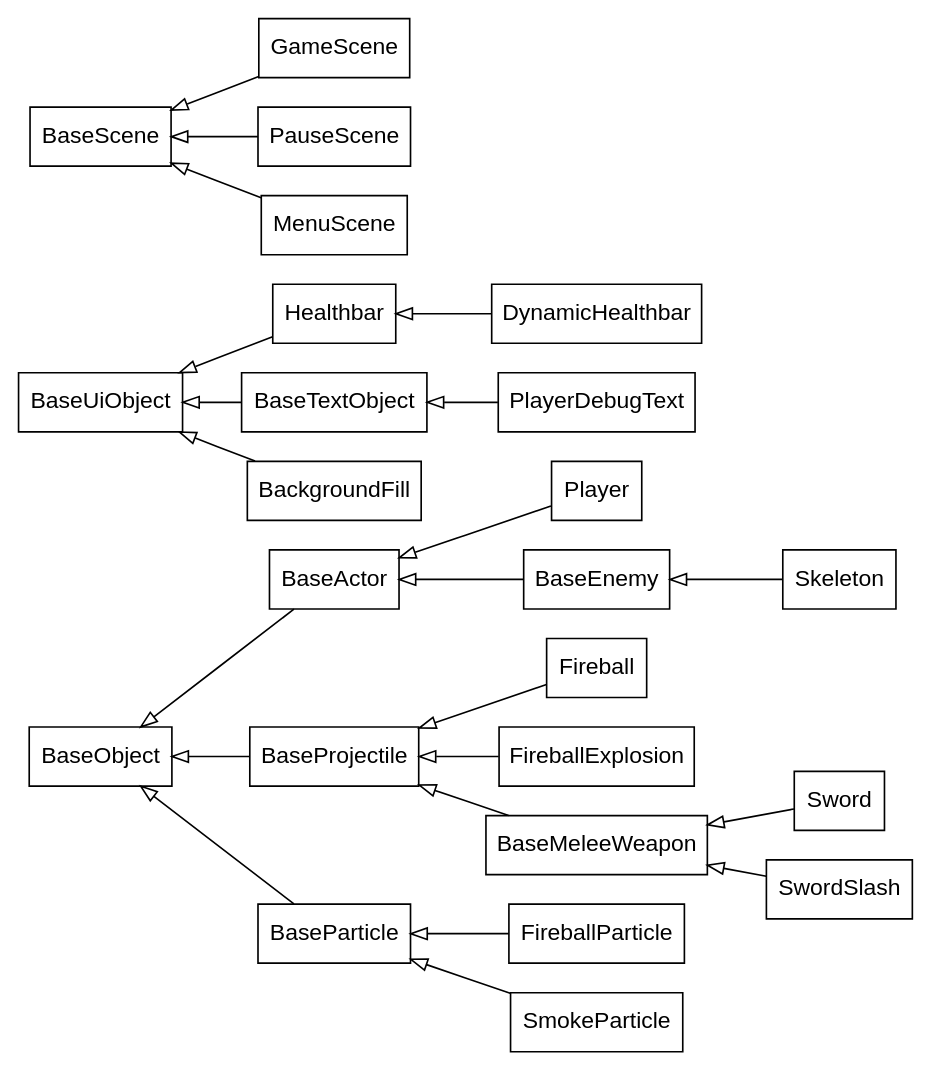
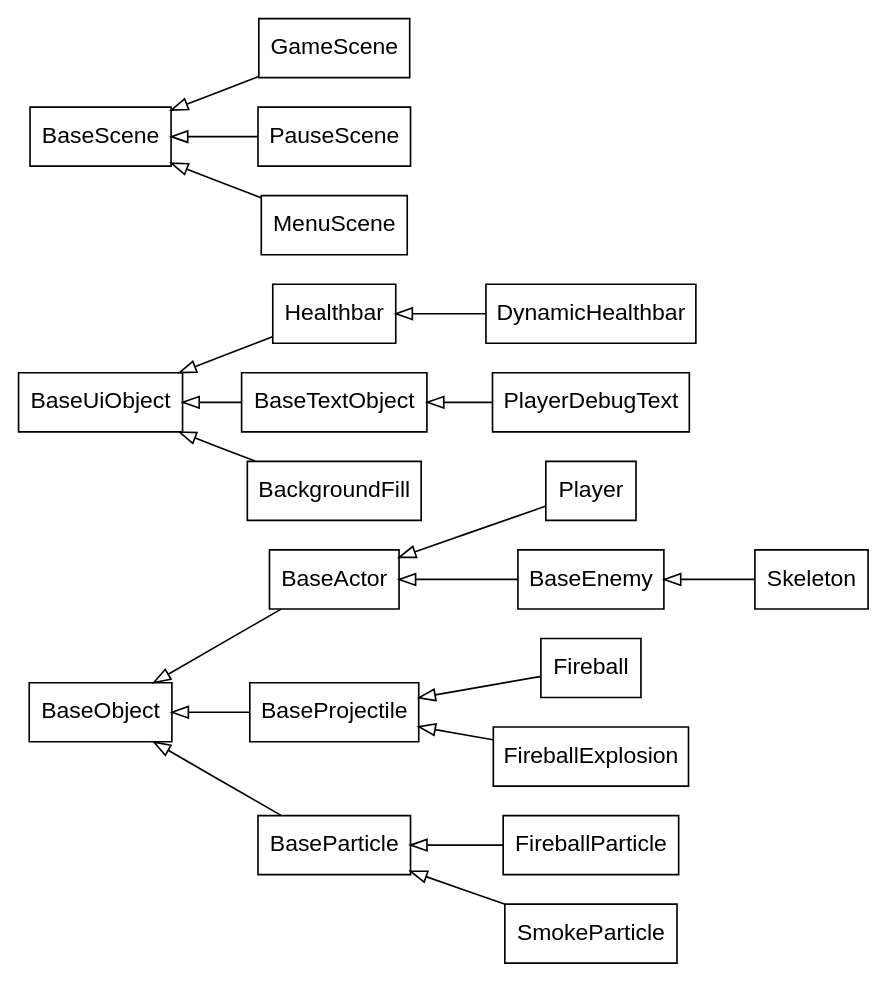
The diagram in inheritance.gv (lachfoy/2dgameABANDONED), drawn with Graphviz before and after one commit. The commit also changed 14 other files, not shown here.

```diff
--- a/inheritance.gv
+++ b/inheritance.gv
@@ -1,27 +1,26 @@
 digraph inheritance {
     //size="800,600"
     rankdir="LR"
     node [shape=box fontname="Helvetica,Arial,sans-serif"]
     edge [dir=back arrowtail=empty]
 
     subgraph objects {
         BaseObject->{BaseActor, BaseProjectile, BaseParticle}
         BaseActor->{Player, BaseEnemy}
-        BaseProjectile->{Fireball, FireballExplosion, BaseMeleeWeapon}
+        BaseProjectile->{Fireball, FireballExplosion}
         BaseParticle->{FireballParticle, SmokeParticle}
-        BaseMeleeWeapon->{Sword, SwordSlash}
         BaseEnemy->Skeleton
     }
 
     subgraph uiObjects {
         BaseUiObject->{Healthbar, BaseTextObject, BackgroundFill}
         Healthbar->DynamicHealthbar
         BaseTextObject->PlayerDebugText
     }
 
     subgraph scenes {
         BaseScene->{GameScene, PauseScene, MenuScene}
     }
 }
 
 // use `dot -Tpng -O inheritance.gv` to generate a .png
```
